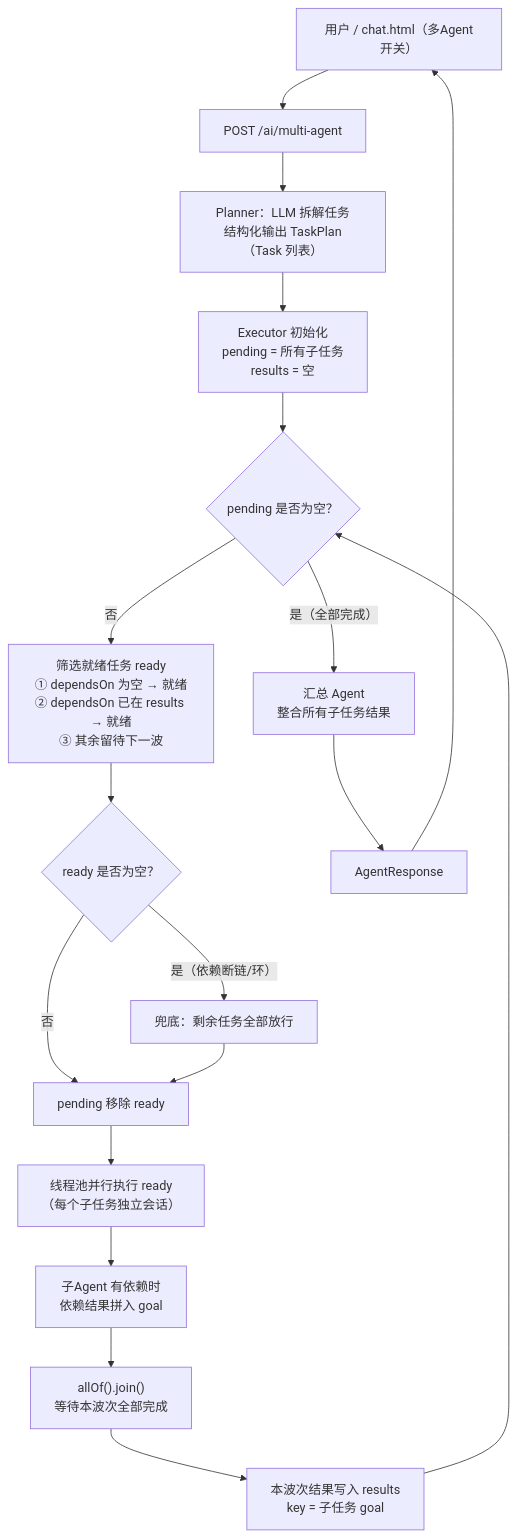
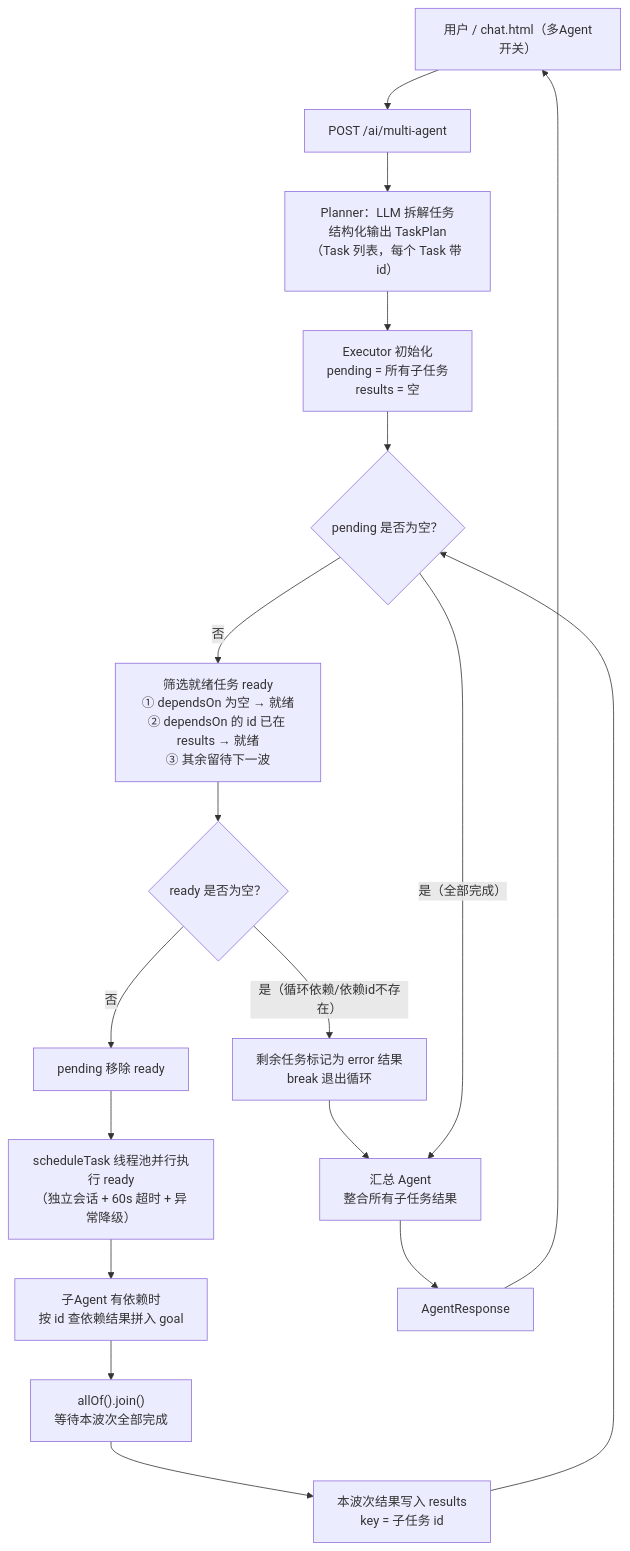
The second of 2 diagrams in README.md (hdwang123/sagent), drawn with Mermaid before and after one commit. The commit also changed other lines of this file, not shown here.

Commit message:
docs: README多Agent附录同步id引用与异常/超时/死锁兜底改动
- mermaid流程图、波次表、要点同步Task加id、dependsOn改id引用
- 补充scheduleTask超时/异常降级、死锁标记失败跳过的说明

````diff
--- a/README.md
+++ b/README.md
@@ -452,22 +452,22 @@
 ```mermaid
 flowchart TD
     U2["用户 / chat.html（多Agent开关）"] --> P["POST /ai/multi-agent"]
-    P --> PL["Planner：LLM 拆解任务<br/>结构化输出 TaskPlan（Task 列表）"]
+    P --> PL["Planner：LLM 拆解任务<br/>结构化输出 TaskPlan（Task 列表，每个 Task 带 id）"]
     PL --> INIT["Executor 初始化<br/>pending = 所有子任务<br/>results = 空"]
 
     INIT --> WHILE{"pending 是否为空？"}
-    WHILE -- "否" --> FILTER["筛选就绪任务 ready<br/>① dependsOn 为空 → 就绪<br/>② dependsOn 已在 results → 就绪<br/>③ 其余留待下一波"]
+    WHILE -- "否" --> FILTER["筛选就绪任务 ready<br/>① dependsOn 为空 → 就绪<br/>② dependsOn 的 id 已在 results → 就绪<br/>③ 其余留待下一波"]
     FILTER --> EMPTY{"ready 是否为空？"}
-    EMPTY -- "是（依赖断链/环）" --> FALLBACK["兜底：剩余任务全部放行"]
+    EMPTY -- "是（循环依赖/依赖id不存在）" --> FAIL["剩余任务标记为 error 结果<br/>break 退出循环"]
     EMPTY -- "否" --> REMOVE["pending 移除 ready"]
-    FALLBACK --> REMOVE
-    REMOVE --> RUN["线程池并行执行 ready<br/>（每个子任务独立会话）"]
-    RUN --> INJECT["子Agent 有依赖时<br/>依赖结果拼入 goal"]
+    REMOVE --> RUN["scheduleTask 线程池并行执行 ready<br/>（独立会话 + 60s 超时 + 异常降级）"]
+    RUN --> INJECT["子Agent 有依赖时<br/>按 id 查依赖结果拼入 goal"]
     INJECT --> JOIN["allOf().join()<br/>等待本波次全部完成"]
-    JOIN --> STORE["本波次结果写入 results<br/>key = 子任务 goal"]
+    JOIN --> STORE["本波次结果写入 results<br/>key = 子任务 id"]
     STORE --> WHILE
+    FAIL --> AGG
 
     WHILE -- "是（全部完成）" --> AGG["汇总 Agent<br/>整合所有子任务结果"]
     AGG --> RESP["AgentResponse"]
     RESP --> U2
 ```
````
